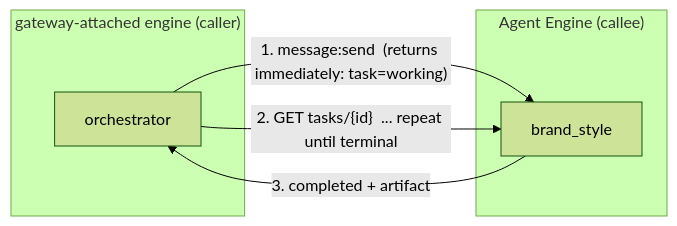
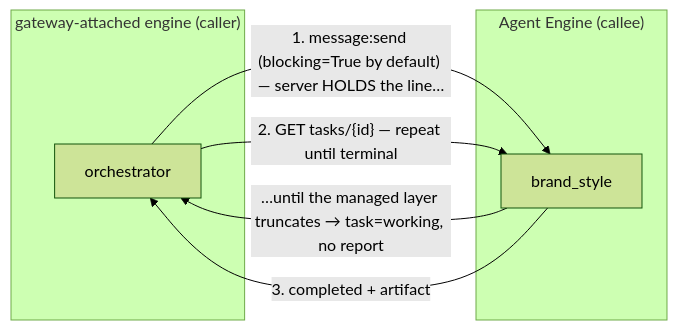
The first of 2 diagrams in eng-report/UPSTREAM-FR-a2a-client-gaps.md (weimeilin79/vibeflix-audit), drawn with Mermaid (forest theme) before and after one commit. The commit also changed other lines of this file and 3 other files, not shown here.

Commit message:
Update A2UI architecture

````diff
--- a/eng-report/UPSTREAM-FR-a2a-client-gaps.md
+++ b/eng-report/UPSTREAM-FR-a2a-client-gaps.md
@@ -39,12 +41,13 @@
 ```mermaid
 flowchart LR
   subgraph GW["gateway-attached engine (caller)"]
     O["orchestrator"]
   end
   subgraph T["Agent Engine (callee)"]
     B["brand_style"]
   end
-  O -- "1. message:send  (returns immediately: task=working)" --> B
-  O -- "2. GET tasks/{id}  ... repeat until terminal" --> B
+  O -- "1. message:send (blocking=True by default) — server HOLDS the line…" --> B
+  B -- "…until the managed layer truncates → task=working, no report" --> O
+  O -- "2. GET tasks/{id} — repeat until terminal" --> B
   B -- "3. completed + artifact" --> O
 ```
````
